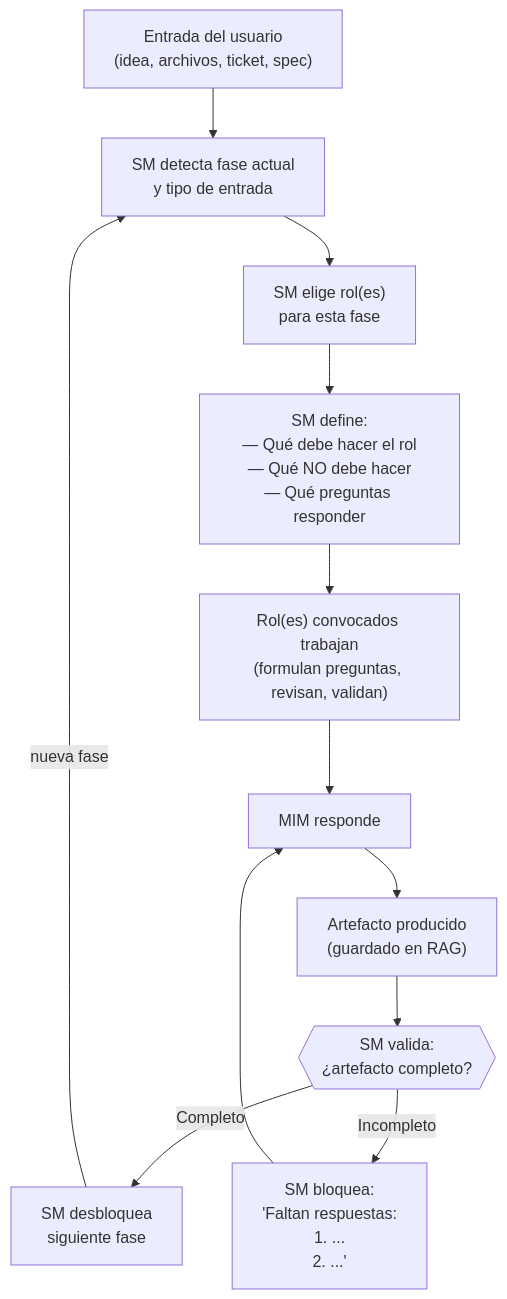
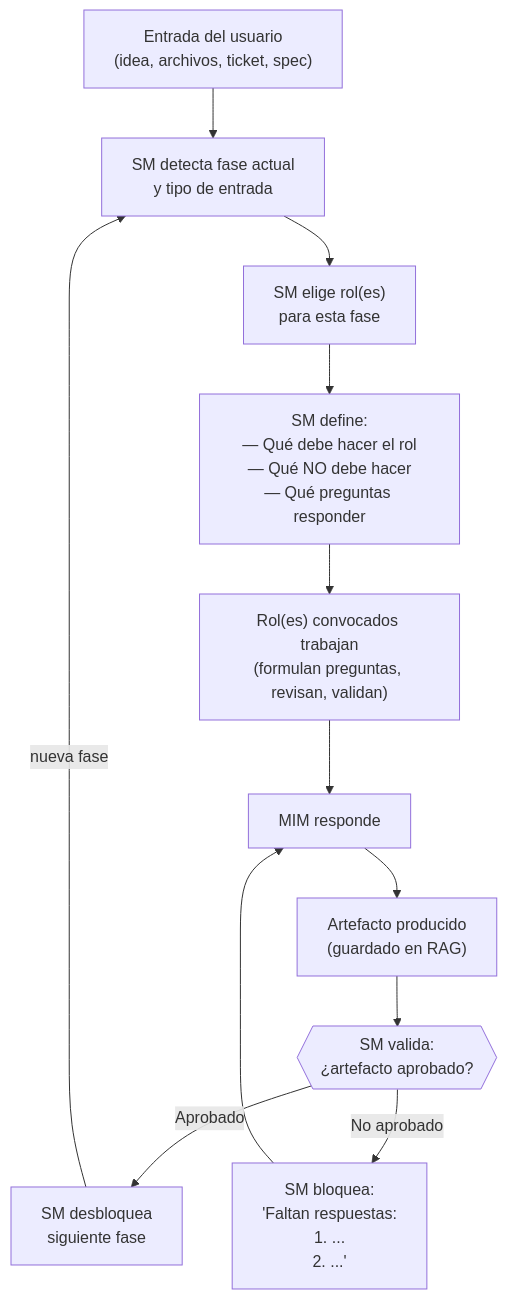
Before and after one commit to virgenherrera/idea-to-mvp: the fifth of 13 diagrams in docs/behavior-scrum-master-routing.md, drawn with Mermaid. The commit also changed other lines of this file and 4 other files, not shown here.

````diff
--- a/docs/behavior-scrum-master-routing.md
+++ b/docs/behavior-scrum-master-routing.md
@@ -244,25 +257,25 @@
 ```mermaid
 flowchart TD
     START["Entrada del usuario\n(idea, archivos, ticket, spec)"]
     DETECT["SM detecta fase actual\ny tipo de entrada"]
     CONVOKE["SM elige rol(es)\npara esta fase"]
     SCOPE["SM define:\n— Qué debe hacer el rol\n— Qué NO debe hacer\n— Qué preguntas responder"]
     EXECUTE["Rol(es) convocados trabajan\n(formulan preguntas, revisan, validan)"]
     MIM["MIM responde"]
     ARTIFACT["Artefacto producido\n(guardado en RAG)"]
-    GATE{{"SM valida:\n¿artefacto completo?"}}
+    GATE{{"SM valida:\n¿artefacto aprobado?"}}
     NEXT["SM desbloquea\nsiguiente fase"]
     BLOCK["SM bloquea:\n'Faltan respuestas:\n1. ...\n2. ...'"]
 
     START --> DETECT
     DETECT --> CONVOKE
     CONVOKE --> SCOPE
     SCOPE --> EXECUTE
     EXECUTE --> MIM
     MIM --> ARTIFACT
     ARTIFACT --> GATE
-    GATE -->|Completo| NEXT
-    GATE -->|Incompleto| BLOCK
+    GATE -->|Aprobado| NEXT
+    GATE -->|No aprobado| BLOCK
     BLOCK --> MIM
     NEXT -->|"nueva fase"| DETECT
 ```
````
